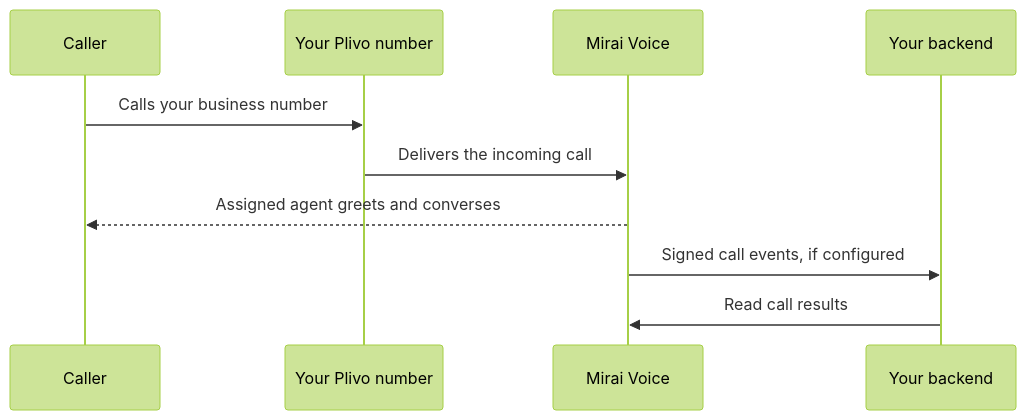
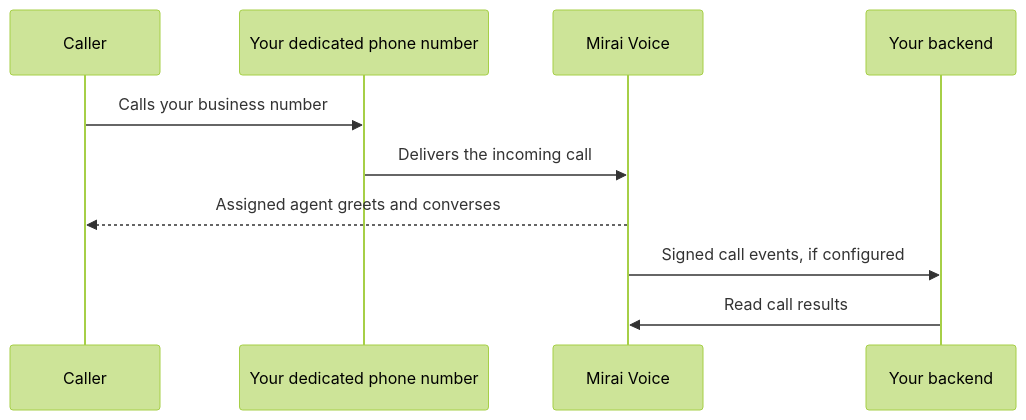
The diagram in cookbooks/inbound-calling.mdx (MiraiMinds/docs), drawn with Mermaid (forest theme) before and after one commit. The commit also changed other lines of this file and 3 other files, not shown here.

````diff
--- a/cookbooks/inbound-calling.mdx
+++ b/cookbooks/inbound-calling.mdx
@@ -39,12 +53,12 @@
 ```mermaid
 sequenceDiagram
     participant Caller
-    participant Number as Your Plivo number
+    participant Number as Your dedicated phone number
     participant Mirai as Mirai Voice
     participant App as Your backend
     Caller->>Number: Calls your business number
     Number->>Mirai: Delivers the incoming call
     Mirai-->>Caller: Assigned agent greets and converses
     Mirai->>App: Signed call events, if configured
     App->>Mirai: Read call results
 ```
````
